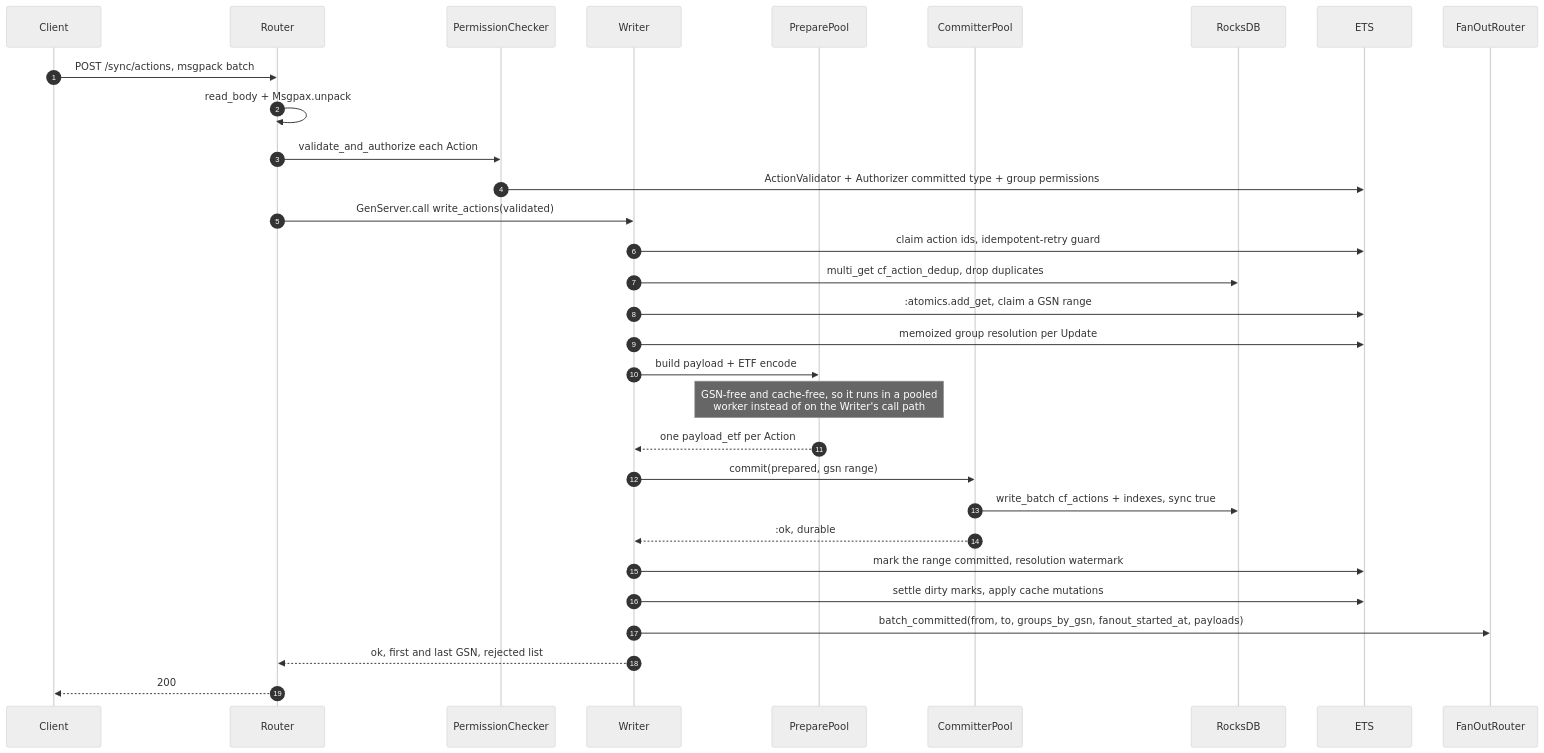
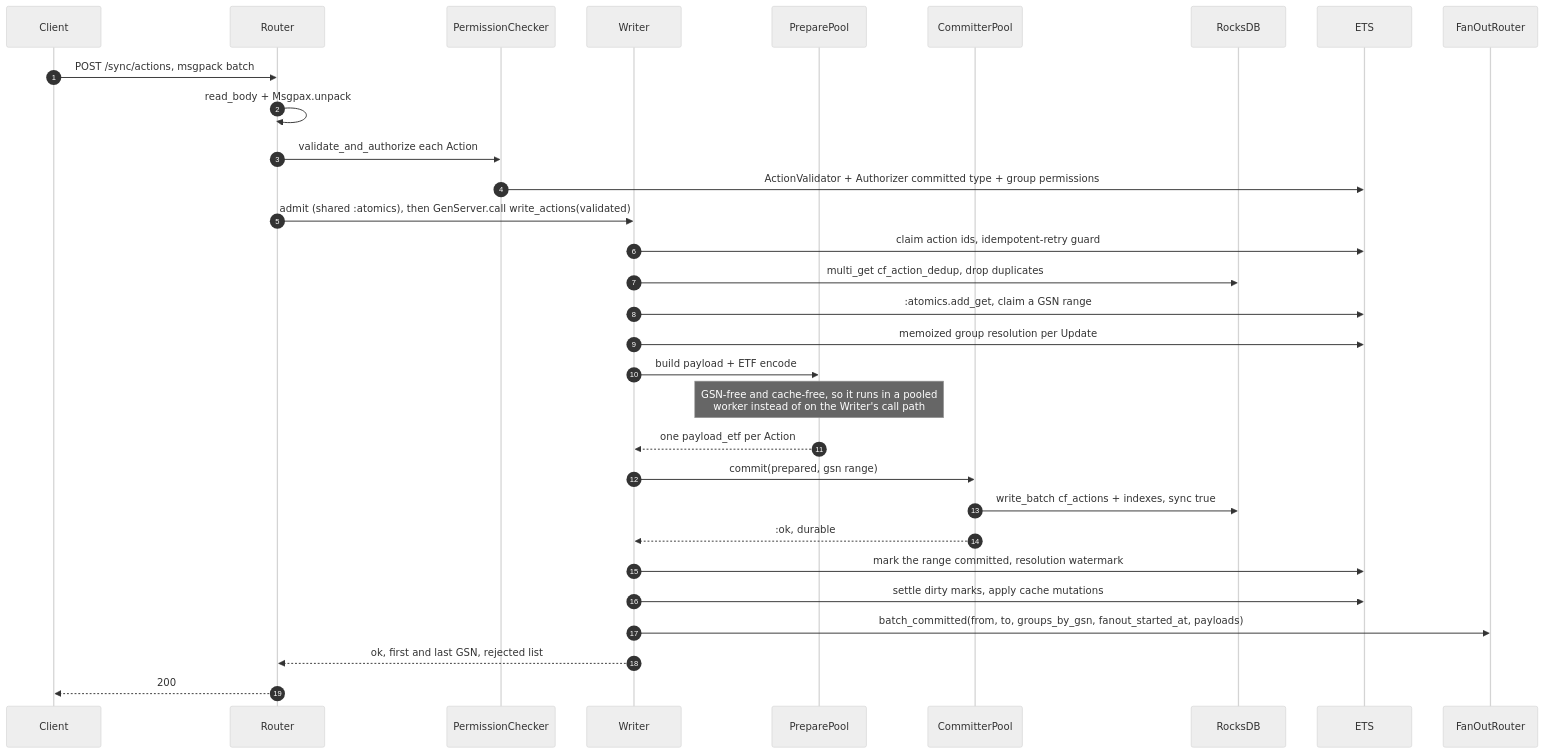
The second of 6 diagrams in ebb_server/README.md (ebbjs/ebbjs), drawn with Mermaid (neutral theme) before and after one commit. The commit also changed other lines of this file and 24 other files, not shown here.

````diff
--- a/ebb_server/README.md
+++ b/ebb_server/README.md
@@ -313,36 +313,36 @@
 ```mermaid
 sequenceDiagram
   autonumber
   participant C as Client
   participant R as Router
   participant P as PermissionChecker
   participant W as Writer
   participant PP as PreparePool
   participant CP as CommitterPool
   participant DB as RocksDB
   participant E as ETS
   participant F as FanOutRouter
 
   C->>R: POST /sync/actions, msgpack batch
   R->>R: read_body + Msgpax.unpack
   R->>P: validate_and_authorize each Action
   P->>E: ActionValidator + Authorizer committed type + group permissions
-  R->>W: GenServer.call write_actions(validated)
+  R->>W: admit (shared :atomics), then GenServer.call write_actions(validated)
 
   W->>E: claim action ids, idempotent-retry guard
   W->>DB: multi_get cf_action_dedup, drop duplicates
   W->>E: :atomics.add_get, claim a GSN range
   W->>E: memoized group resolution per Update
   W->>PP: build payload + ETF encode
   Note over PP: GSN-free and cache-free, so it runs in a pooled<br/>worker instead of on the Writer's call path
   PP-->>W: one payload_etf per Action
   W->>CP: commit(prepared, gsn range)
   CP->>DB: write_batch cf_actions + indexes, sync true
   CP-->>W: :ok, durable
 
   W->>E: mark the range committed, resolution watermark
   W->>E: settle dirty marks, apply cache mutations
   W->>F: batch_committed(from, to, groups_by_gsn, fanout_started_at, payloads)
   W-->>R: ok, first and last GSN, rejected list
   R-->>C: 200
 ```
````
